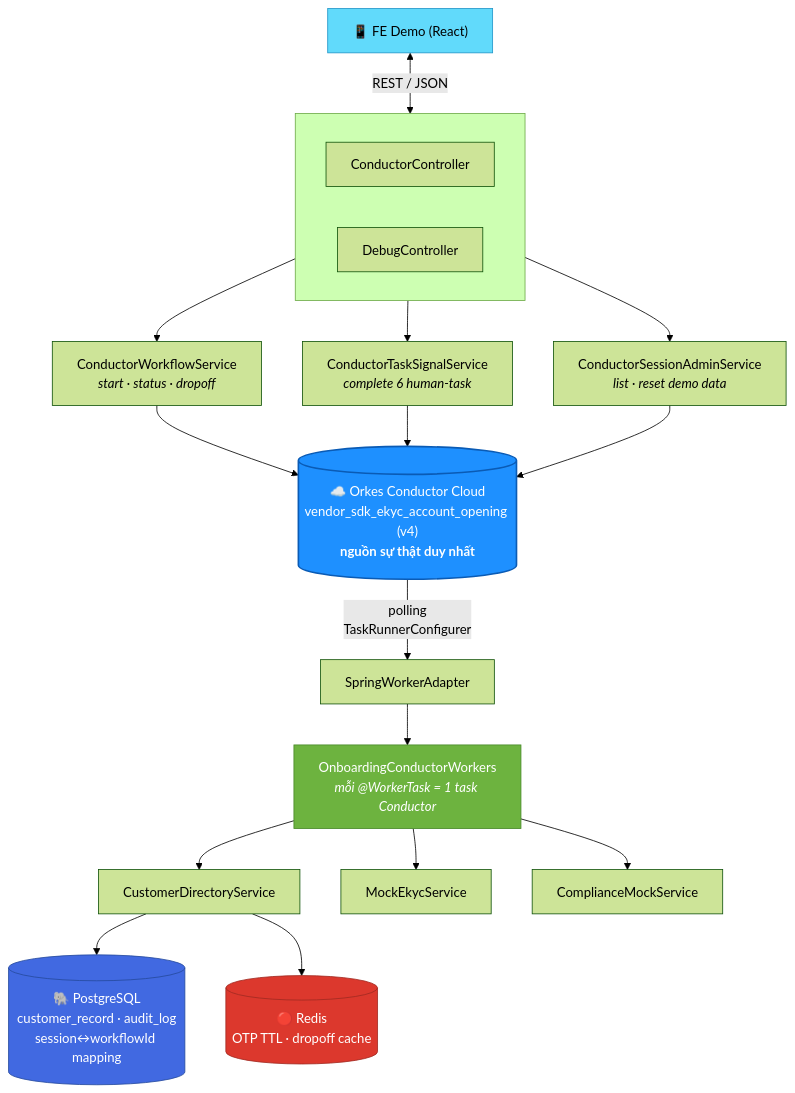
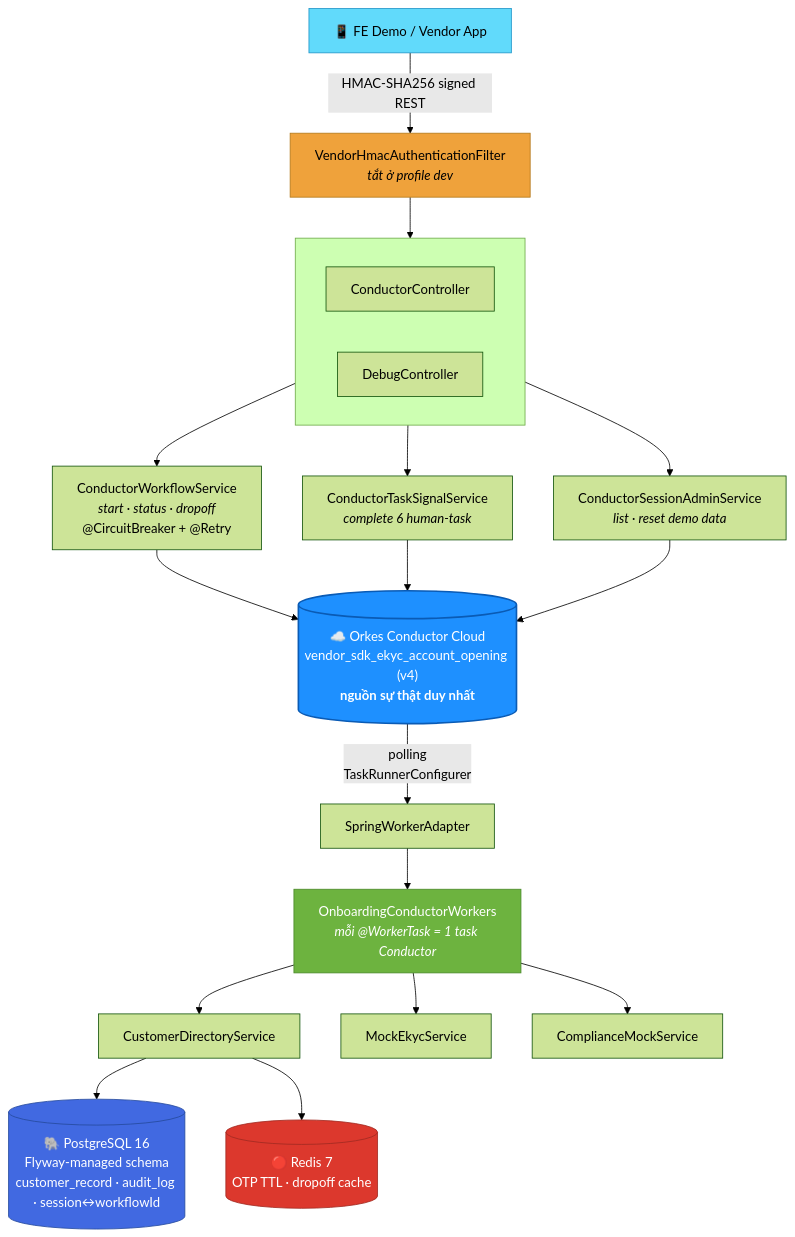
The diagram in README.md (ThienNguyen666/onboarding), drawn with Mermaid (forest theme) before and after one commit. The commit also changed other lines of this file and 1 other file, not shown here.

````diff
--- a/README.md
+++ b/README.md
@@ -79,32 +82,34 @@
 ```mermaid
 flowchart TB
-    FE["📱 FE Demo (React)"] <-->|REST / JSON| CTRL
+    FE["📱 FE Demo / Vendor App"] -->|HMAC-SHA256 signed REST| SEC["VendorHmacAuthenticationFilter<br/><i>tắt ở profile dev</i>"]
+    SEC --> CTRL
 
     subgraph CTRL[" "]
         direction LR
         C1["ConductorController"]
         C2["DebugController"]
     end
 
-    CTRL --> S1["ConductorWorkflowService<br/><i>start · status · dropoff</i>"]
+    CTRL --> S1["ConductorWorkflowService<br/><i>start · status · dropoff</i><br/>@CircuitBreaker + @Retry"]
     CTRL --> S2["ConductorTaskSignalService<br/><i>complete 6 human-task</i>"]
     CTRL --> S3["ConductorSessionAdminService<br/><i>list · reset demo data</i>"]
 
     S1 & S2 & S3 --> ORKES[("☁️ Orkes Conductor Cloud<br/>vendor_sdk_ekyc_account_opening (v4)<br/><b>nguồn sự thật duy nhất</b>")]
 
     ORKES -->|polling<br/>TaskRunnerConfigurer| ADAPTER["SpringWorkerAdapter"]
     ADAPTER --> WORKERS["OnboardingConductorWorkers<br/><i>mỗi @WorkerTask = 1 task Conductor</i>"]
 
     WORKERS --> CDS["CustomerDirectoryService"]
     WORKERS --> MEK["MockEkycService"]
     WORKERS --> CMS["ComplianceMockService"]
 
-    CDS --> PG[("🐘 PostgreSQL<br/>customer_record · audit_log<br/>session↔workflowId mapping")]
-    CDS --> RD[("🔴 Redis<br/>OTP TTL · dropoff cache")]
+    CDS --> PG[("🐘 PostgreSQL 16<br/>Flyway-managed schema<br/>customer_record · audit_log · session↔workflowId")]
+    CDS --> RD[("🔴 Redis 7<br/>OTP TTL · dropoff cache")]
 
     style ORKES fill:#1E90FF,color:#fff,stroke:#0A5BB5,stroke-width:2px
     style PG fill:#4169E1,color:#fff,stroke:#254a9e
     style RD fill:#DC382D,color:#fff,stroke:#a12a22
     style FE fill:#61DAFB,color:#000,stroke:#2196c9
     style WORKERS fill:#6DB33F,color:#fff,stroke:#4a8a2a
+    style SEC fill:#EFA23B,color:#000,stroke:#b3791a
 ```
````
